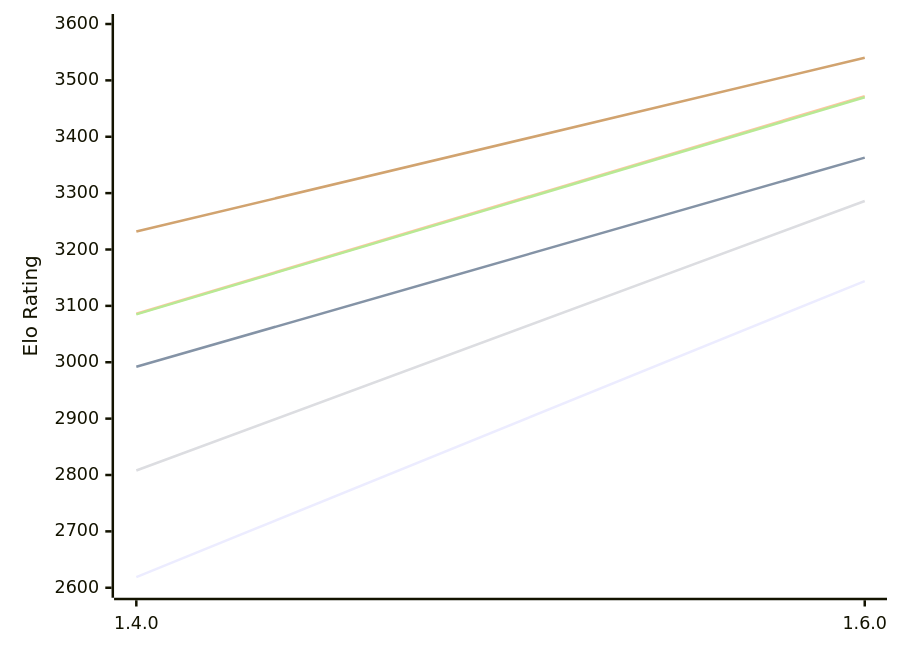
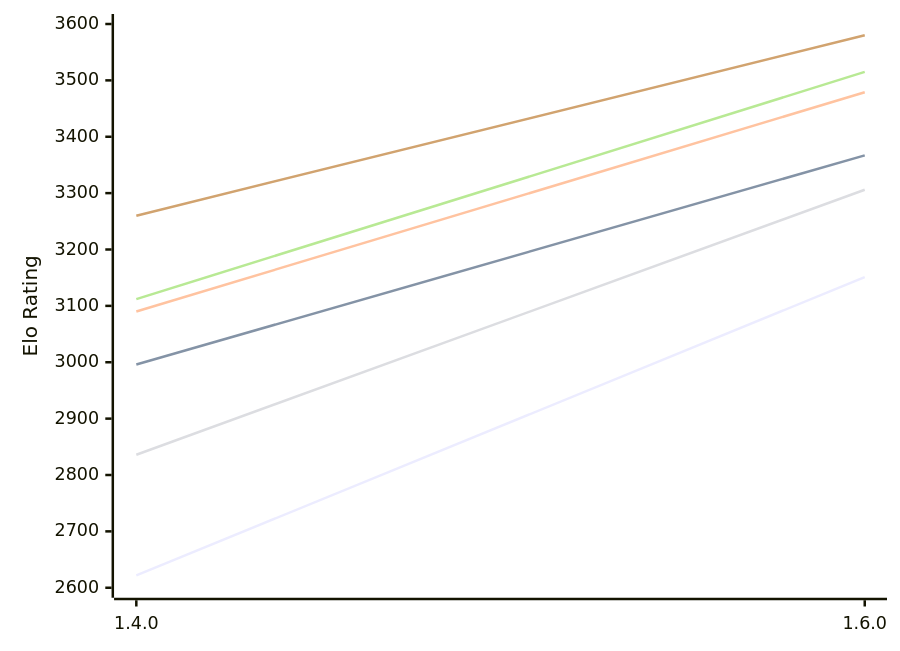
One commit to computer-chess-index/cci changed the first of 2 diagrams in engines/Gyatso.md. Above: the diagram before and after it, drawn with Mermaid. The commit also changed other lines of this file, not shown here.

Commit message:
Update CCI Ratings (ELO VLTC) - 2026-10-21

````diff
--- a/engines/Gyatso.md
+++ b/engines/Gyatso.md
@@ -53,12 +53,12 @@
 ```mermaid
 %%{init: {"theme":"base","themeVariables":{"seriesColors:['#a3a3a3','#222221','#faa371']}}}%%
 xychart-beta
   x-axis ["1.4.0", "1.6.0"]
   y-axis "Elo Rating" 2600 --> 3600
-  line "E1: STC (8.0+0.08s)" [2619, 3144]
-  line "E1: LTC (60.0+0.60s)" [2992, 3363]
-  line "E1: VLTC (2m24s+1.12s)" [3086, 3472]
-  line "P1: STC (8.0+0.08s)" [2808, 3286]
-  line "P1: LTC (60.0+0.60s)" [3085, 3470]
-  line "P1: VLTC (2m24s+1.12s)" [3232, 3540]
+  line "E1: STC (8.0+0.08s)" [2622, 3151]
+  line "E1: LTC (60.0+0.60s)" [2996, 3367]
+  line "E1: VLTC (2m24s+1.12s)" [3090, 3479]
+  line "P1: STC (8.0+0.08s)" [2836, 3306]
+  line "P1: LTC (60.0+0.60s)" [3112, 3515]
+  line "P1: VLTC (2m24s+1.12s)" [3260, 3580]
 ```
````
